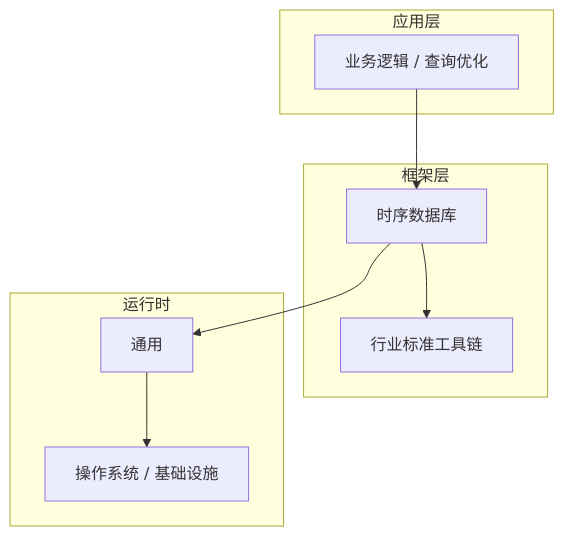
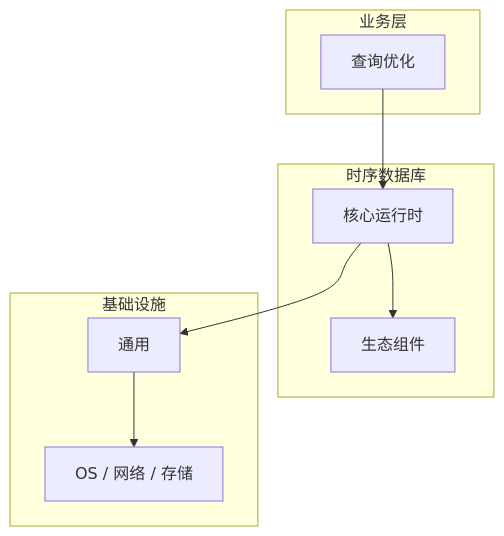
One commit to yanggan2015/knowledge-json-v2 changed the diagram in articles/时序数据库/chapters/041-查询优化核心概念与原理.md. Above: the diagram before and after it, drawn with Mermaid. The commit also changed other lines of this file and 10127 other files, not shown here.

````diff
--- a/articles/时序数据库/chapters/041-查询优化核心概念与原理.md
+++ b/articles/时序数据库/chapters/041-查询优化核心概念与原理.md
@@ -45,18 +34,18 @@
 ```mermaid
 graph TB
-    subgraph 应用层
-        A[业务逻辑 / 查询优化]
+    subgraph 业务层
+        A[查询优化]
     end
-    subgraph 框架层
-        B[时序数据库]
-        C[行业标准工具链]
+    subgraph 时序数据库
+        B[核心运行时]
+        C[生态组件]
     end
-    subgraph 运行时
+    subgraph 基础设施
         D[通用]
-        E[操作系统 / 基础设施]
+        E[OS / 网络 / 存储]
     end
     A --> B
     B --> C
     B --> D
     D --> E
 ```
````
